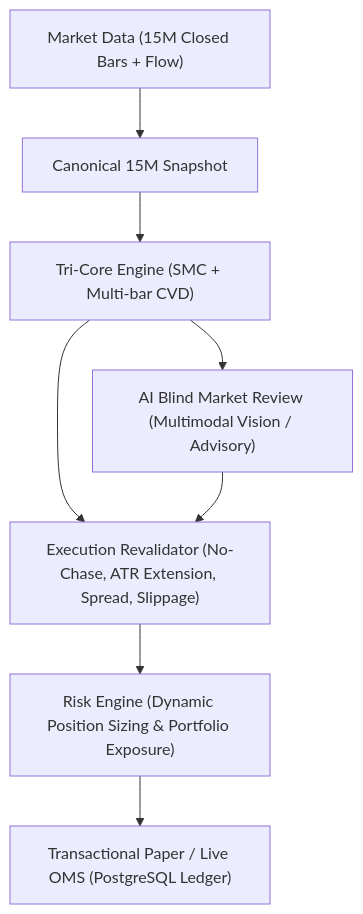
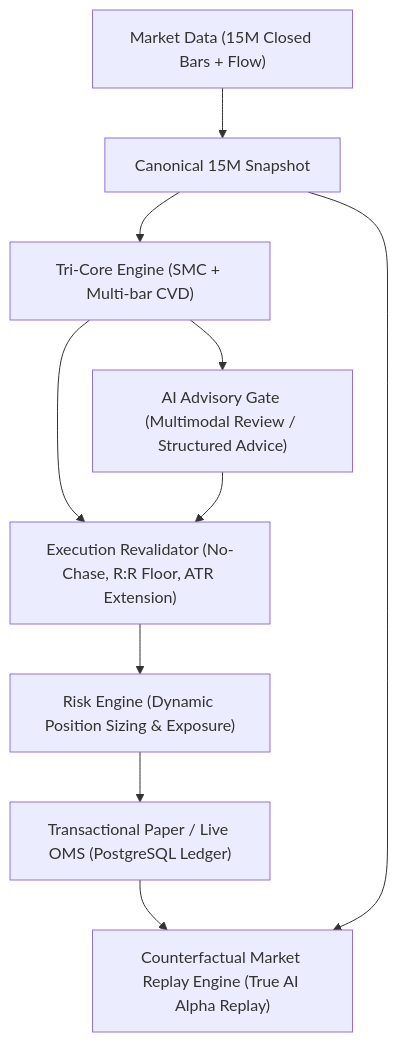
Before and after one commit to pirateszero92/ai_trade_advisor: the diagram in README.md, drawn with Mermaid. The commit also changed other lines of this file and 23 other files, not shown here.

Commit message:
feat: complete Phase 1-5 authority pipeline, paper observability, counterfactual replay, and mobile v1.0.26

````diff
--- a/README.md
+++ b/README.md
@@ -12,9 +12,10 @@
 ```mermaid
 flowchart TD
     MD["Market Data (15M Closed Bars + Flow)"] --> CS["Canonical 15M Snapshot"]
     CS --> TC["Tri-Core Engine (SMC + Multi-bar CVD)"]
-    TC --> AI["AI Blind Market Review (Multimodal Vision / Advisory)"]
-    TC & AI --> ER["Execution Revalidator (No-Chase, ATR Extension, Spread, Slippage)"]
-    ER --> RE["Risk Engine (Dynamic Position Sizing & Portfolio Exposure)"]
+    TC --> AI["AI Advisory Gate (Multimodal Review / Structured Advice)"]
+    TC & AI --> ER["Execution Revalidator (No-Chase, R:R Floor, ATR Extension)"]
+    ER --> RE["Risk Engine (Dynamic Position Sizing & Exposure)"]
     RE --> OMS["Transactional Paper / Live OMS (PostgreSQL Ledger)"]
+    OMS & CS --> CR["Counterfactual Market Replay Engine (True AI Alpha Replay)"]
 ```
````
